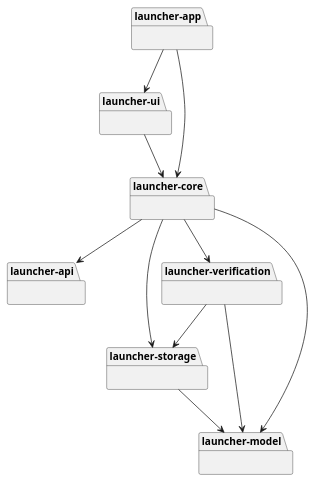
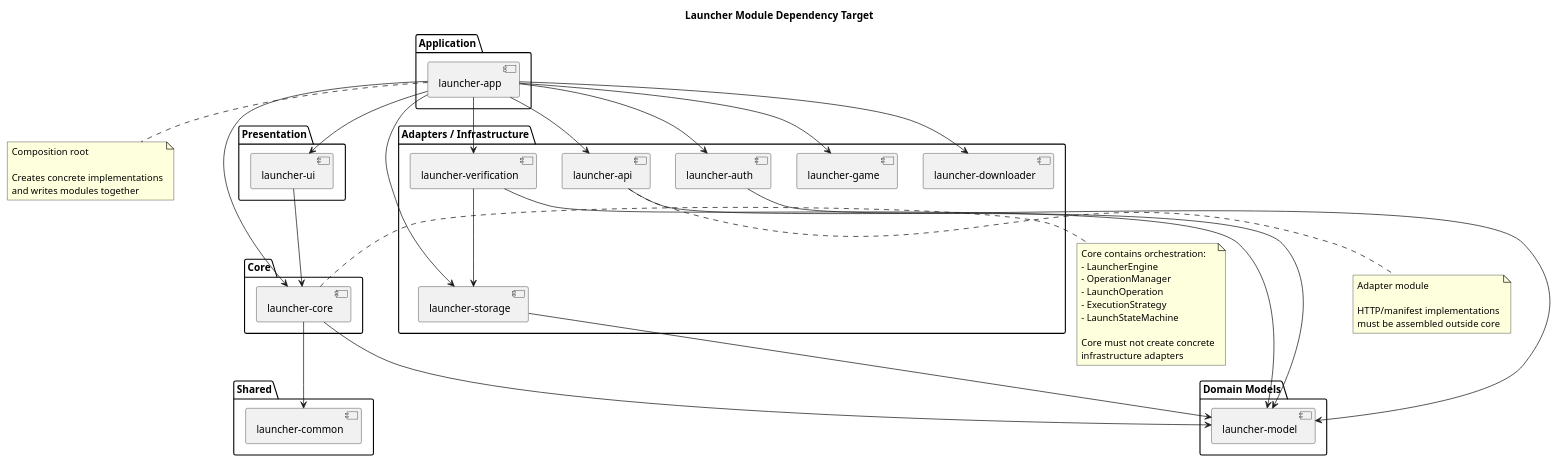
One commit to Hedgerock/Minecraft-launcher changed the diagram in docs/diagrams/dependency/module-dependency.puml. Above: the diagram before and after it, drawn with PlantUML. The commit also changed 2 other files, not shown here.

Commit message:
test(core): add launcher core module boundary scaffold

```diff
--- a/docs/diagrams/dependency/module-dependency.puml
+++ b/docs/diagrams/dependency/module-dependency.puml
@@ -1,27 +1,82 @@
 @startuml
 
-package "launcher-app" {}
-package "launcher-ui" {}
-package "launcher-core" {}
-package "launcher-api" {}
-package "launcher-verification" {}
-package "launcher-storage" {}
-package "launcher-model" {}
+title Launcher Module Dependency Target
 
-"launcher-app" --> "launcher-ui"
-"launcher-app" --> "launcher-core"
+package "Application" {
+    [launcher-app]
+}
 
-"launcher-ui" --> "launcher-core"
+package "Presentation" {
+    [launcher-ui]
+}
 
-"launcher-core" --> "launcher-api"
-"launcher-core" --> "launcher-model"
+package "Core" {
+    [launcher-core]
+}
 
-"launcher-core" --> "launcher-verification"
-"launcher-core" --> "launcher-storage"
+package "Domain Models" {
+    [launcher-model]
+}
 
-"launcher-verification" --> "launcher-storage"
-"launcher-verification" --> "launcher-model"
+package "Shared" {
+    [launcher-common]
+}
 
-"launcher-storage" --> "launcher-model"
+package "Adapters / Infrastructure" {
+    [launcher-api]
+    [launcher-auth]
+    [launcher-storage]
+    [launcher-verification]
+    [launcher-downloader]
+    [launcher-game]
+}
 
+[launcher-app] --> [launcher-ui]
+[launcher-app] --> [launcher-core]
+[launcher-app] --> [launcher-api]
+[launcher-app] --> [launcher-auth]
+[launcher-app] --> [launcher-storage]
+[launcher-app] --> [launcher-verification]
+[launcher-app] --> [launcher-downloader]
+[launcher-app] --> [launcher-game]
+
+[launcher-ui] --> [launcher-core]
+
+[launcher-core] --> [launcher-model]
+[launcher-core] --> [launcher-common]
+
+[launcher-api] --> [launcher-model]
+
+[launcher-auth] --> [launcher-model]
+
+[launcher-storage] --> [launcher-model]
+
+[launcher-verification] --> [launcher-model]
+[launcher-verification] --> [launcher-storage]
+
+note right of [launcher-core]
+    Core contains orchestration:
+    - LauncherEngine
+    - OperationManager
+    - LaunchOperation
+    - ExecutionStrategy
+    - LaunchStateMachine
+
+    Core must not create concrete
+    infrastructure adapters
+end note
+
+note bottom of [launcher-app]
+Composition root
+
+Creates concrete implementations
+and writes modules together
+end note
+
+note bottom of [launcher-api]
+Adapter module
+
+HTTP/manifest implementations
+must be assembled outside core
+end note
 @enduml
```
